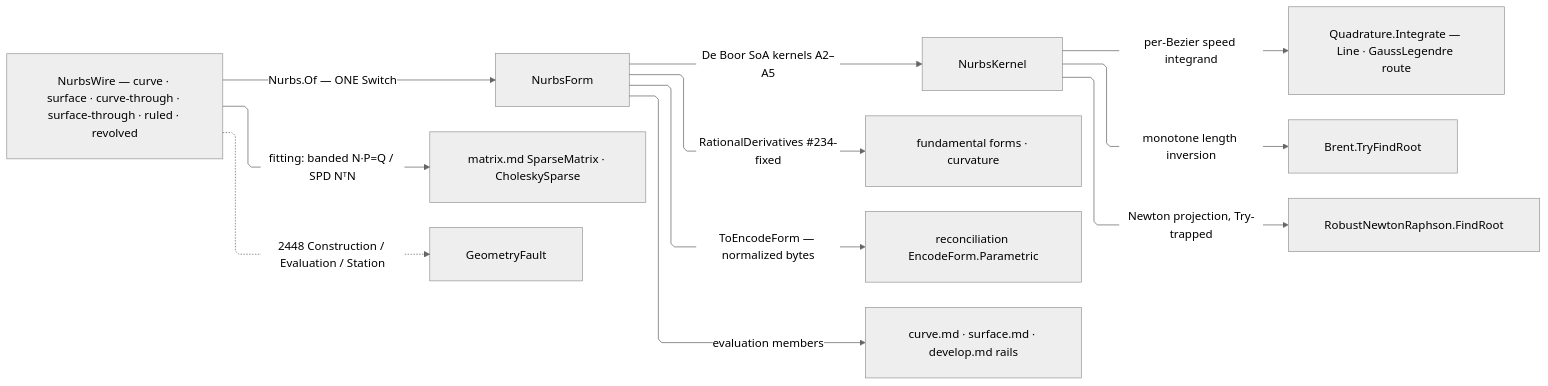
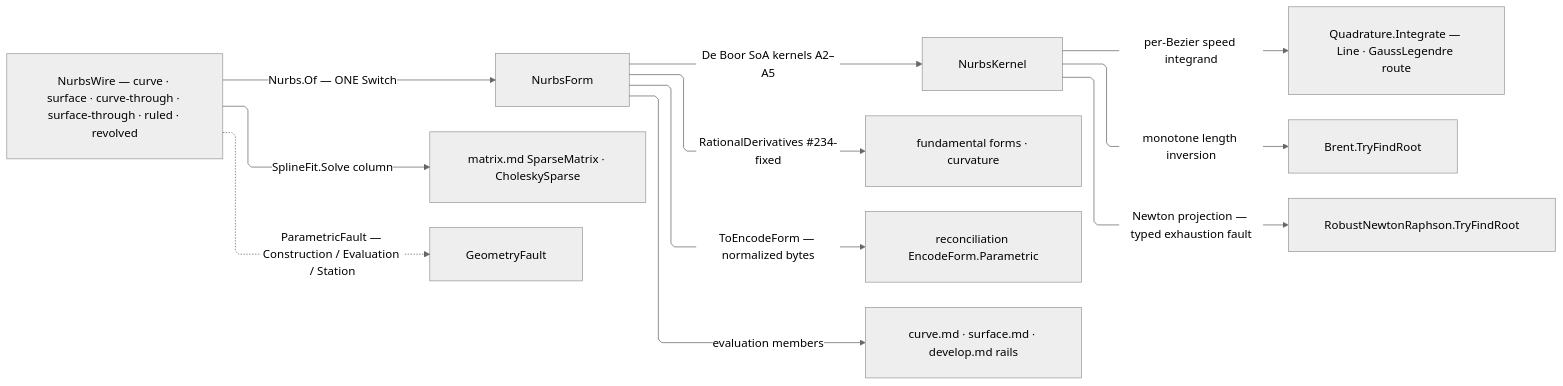
One commit to bsamiee/Rasm changed the diagram in libs/csharp/Rasm/.planning/Parametric/nurbs.md. Above: the diagram before and after it, drawn with Mermaid (neutral theme). The commit also changed other lines of this file and 818 other files, not shown here.

````diff
--- a/libs/csharp/Rasm/.planning/Parametric/nurbs.md
+++ b/libs/csharp/Rasm/.planning/Parametric/nurbs.md
@@ -469,22 +551,22 @@
 ```mermaid
 ---
 config:
   layout: elk
   flowchart:
     curve: linear
     padding: 25
 ---
 flowchart LR
     accTitle: NURBS engine admission and evaluation flow
     accDescr: NurbsWire shapes fold through Nurbs.Of into NurbsForm carriers; De Boor kernels serve evaluation, quadrature rides the kernel Quadrature owner, inversion rides MathNet, and identity leaves through EncodeForm.
     Wire["NurbsWire — curve · surface · curve-through · surface-through · ruled · revolved"] -->|"Nurbs.Of — ONE Switch"| NurbsForm
-    Wire -->|"fitting: banded N·P=Q / SPD NᵀN"| Matrix["matrix.md SparseMatrix · CholeskySparse"]
+    Wire -->|"SplineFit.Solve column"| Matrix["matrix.md SparseMatrix · CholeskySparse"]
     NurbsForm -->|"De Boor SoA kernels A2–A5"| NurbsKernel
     NurbsKernel -->|"per-Bezier speed integrand"| Quadrature["Quadrature.Integrate — Line · GaussLegendre route"]
     NurbsKernel -->|"monotone length inversion"| Brent["Brent.TryFindRoot"]
-    NurbsKernel -->|"Newton projection, Try-trapped"| Newton["RobustNewtonRaphson.FindRoot"]
+    NurbsKernel -->|"Newton projection — typed exhaustion fault"| Newton["RobustNewtonRaphson.TryFindRoot"]
     NurbsForm -->|"RationalDerivatives #234-fixed"| Forms["fundamental forms · curvature"]
     NurbsForm -->|"ToEncodeForm — normalized bytes"| EncodeForm["reconciliation EncodeForm.Parametric"]
     NurbsForm -->|"evaluation members"| Consumers["curve.md · surface.md · develop.md rails"]
-    Wire -.->|"2448 Construction / Evaluation / Station"| GeometryFault
+    Wire -.->|"ParametricFault — Construction / Evaluation / Station"| GeometryFault
 ```
````
